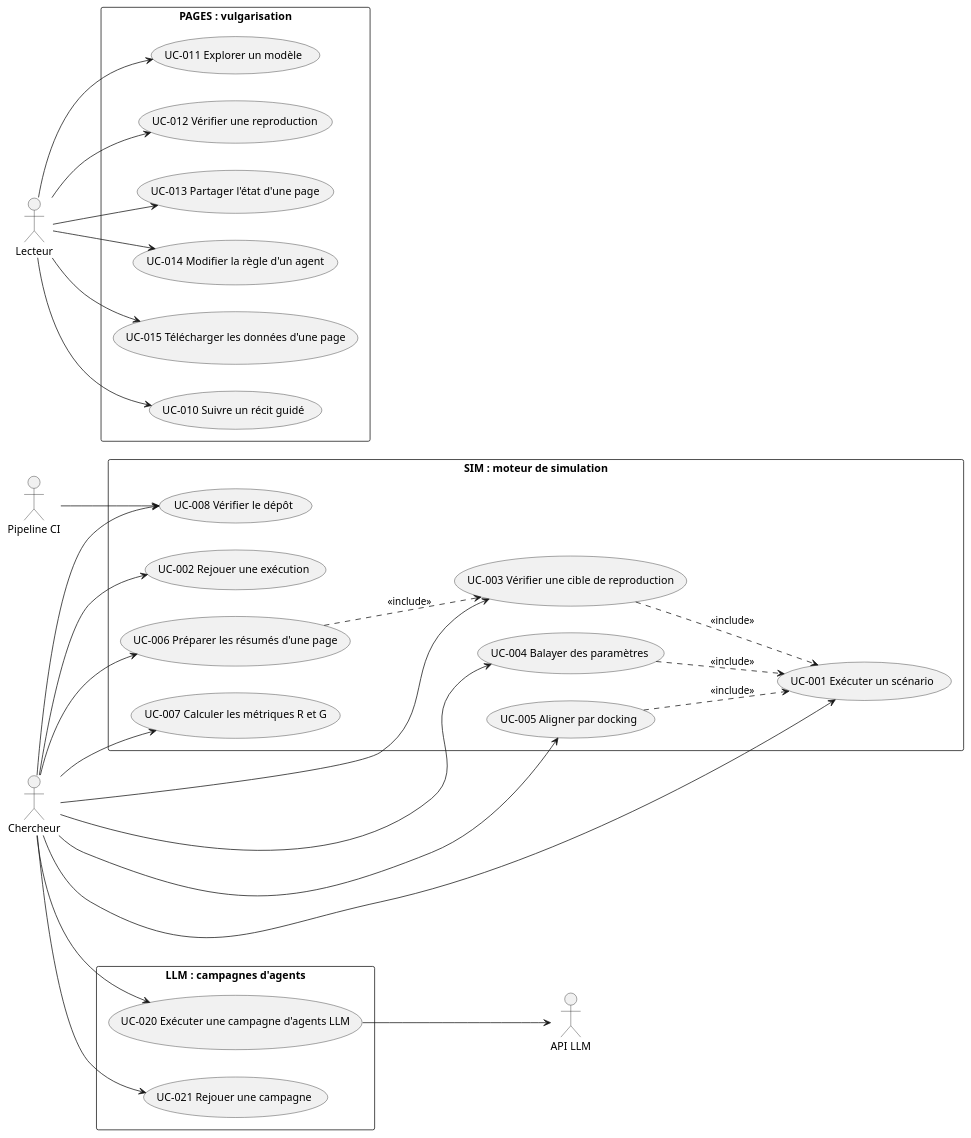
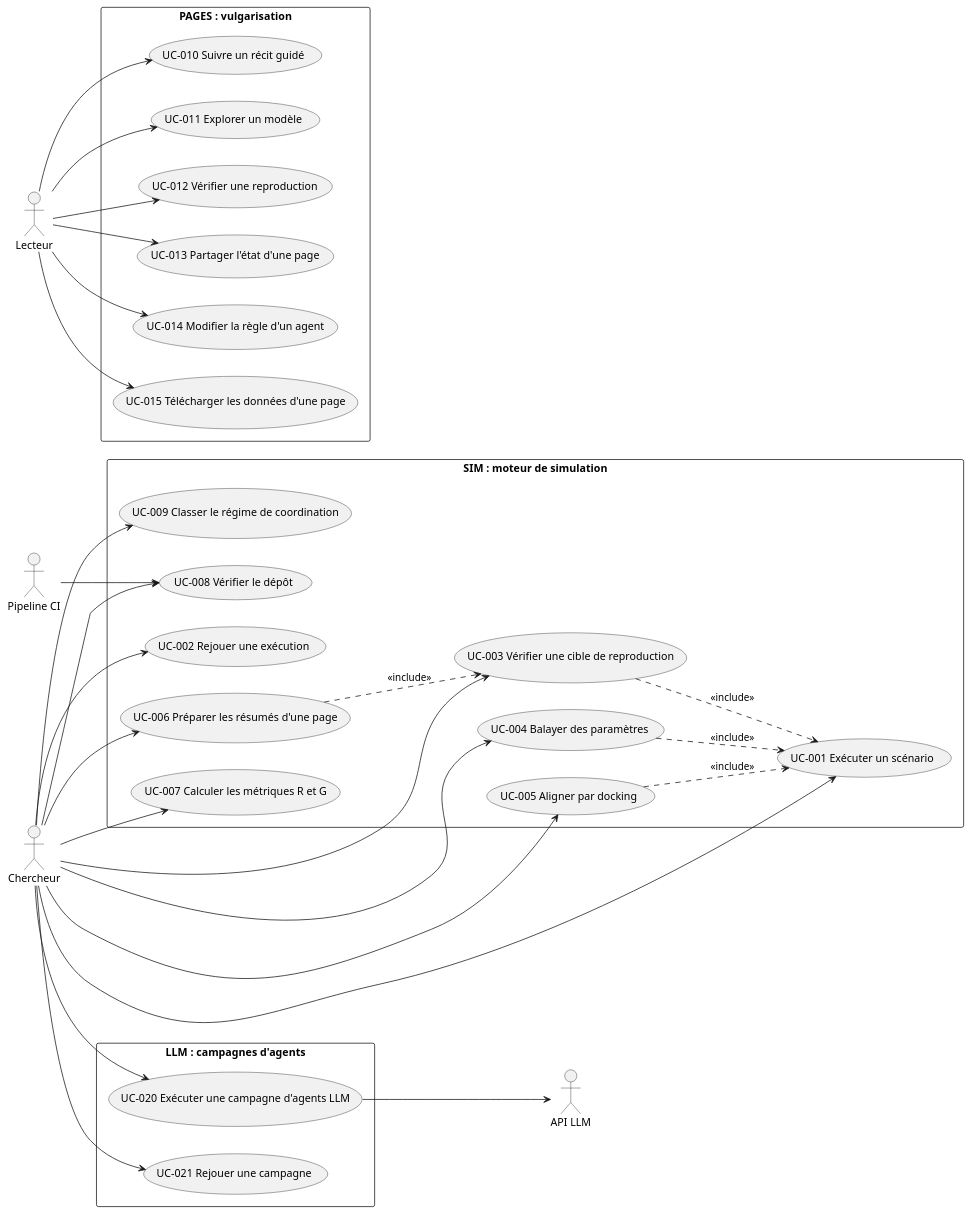
The diagram in colonies-agentique/specs/cas-utilisation.puml (agbruneau/Prospection), drawn with PlantUML before and after one commit. The commit also changed 4 other files, not shown here.

Commit message:
UC-009 (classer le régime de coordination) et FR-009 rédigés et soumis à la revue

```diff
--- a/colonies-agentique/specs/cas-utilisation.puml
+++ b/colonies-agentique/specs/cas-utilisation.puml
@@ -1,62 +1,64 @@
 @startuml cas-utilisation
 ' Diagramme des cas d'utilisation de la plateforme colonies-agentique.
 ' Il sert aussi de liste de contrôle : un cas présent ici sans fichier dans cas-utilisation/ reste à rédiger.
 left to right direction
 skinparam packageStyle rectangle
 
 actor "Chercheur" as Chercheur
 actor "Pipeline CI" as CI
 actor "Lecteur" as Lecteur
 actor "API LLM" as API
 
 rectangle "SIM : moteur de simulation" {
   usecase "UC-001 Exécuter un scénario" as UC001
   usecase "UC-002 Rejouer une exécution" as UC002
   usecase "UC-003 Vérifier une cible de reproduction" as UC003
   usecase "UC-004 Balayer des paramètres" as UC004
   usecase "UC-005 Aligner par docking" as UC005
   usecase "UC-006 Préparer les résumés d'une page" as UC006
   usecase "UC-007 Calculer les métriques R et G" as UC007
   usecase "UC-008 Vérifier le dépôt" as UC008
+  usecase "UC-009 Classer le régime de coordination" as UC009
 }
 
 rectangle "PAGES : vulgarisation" {
   usecase "UC-010 Suivre un récit guidé" as UC010
   usecase "UC-011 Explorer un modèle" as UC011
   usecase "UC-012 Vérifier une reproduction" as UC012
   usecase "UC-013 Partager l'état d'une page" as UC013
   usecase "UC-014 Modifier la règle d'un agent" as UC014
   usecase "UC-015 Télécharger les données d'une page" as UC015
 }
 
 rectangle "LLM : campagnes d'agents" {
   usecase "UC-020 Exécuter une campagne d'agents LLM" as UC020
   usecase "UC-021 Rejouer une campagne" as UC021
 }
 
 Chercheur --> UC001
 Chercheur --> UC002
 Chercheur --> UC003
 Chercheur --> UC004
 Chercheur --> UC005
 Chercheur --> UC006
 Chercheur --> UC007
 Chercheur --> UC008
+Chercheur --> UC009
 CI --> UC008
 
 Lecteur --> UC010
 Lecteur --> UC011
 Lecteur --> UC012
 Lecteur --> UC013
 Lecteur --> UC014
 Lecteur --> UC015
 
 Chercheur --> UC020
 Chercheur --> UC021
 UC020 --> API
 
 UC003 ..> UC001 : <<include>>
 UC004 ..> UC001 : <<include>>
 UC005 ..> UC001 : <<include>>
 UC006 ..> UC003 : <<include>>
 @enduml
```
